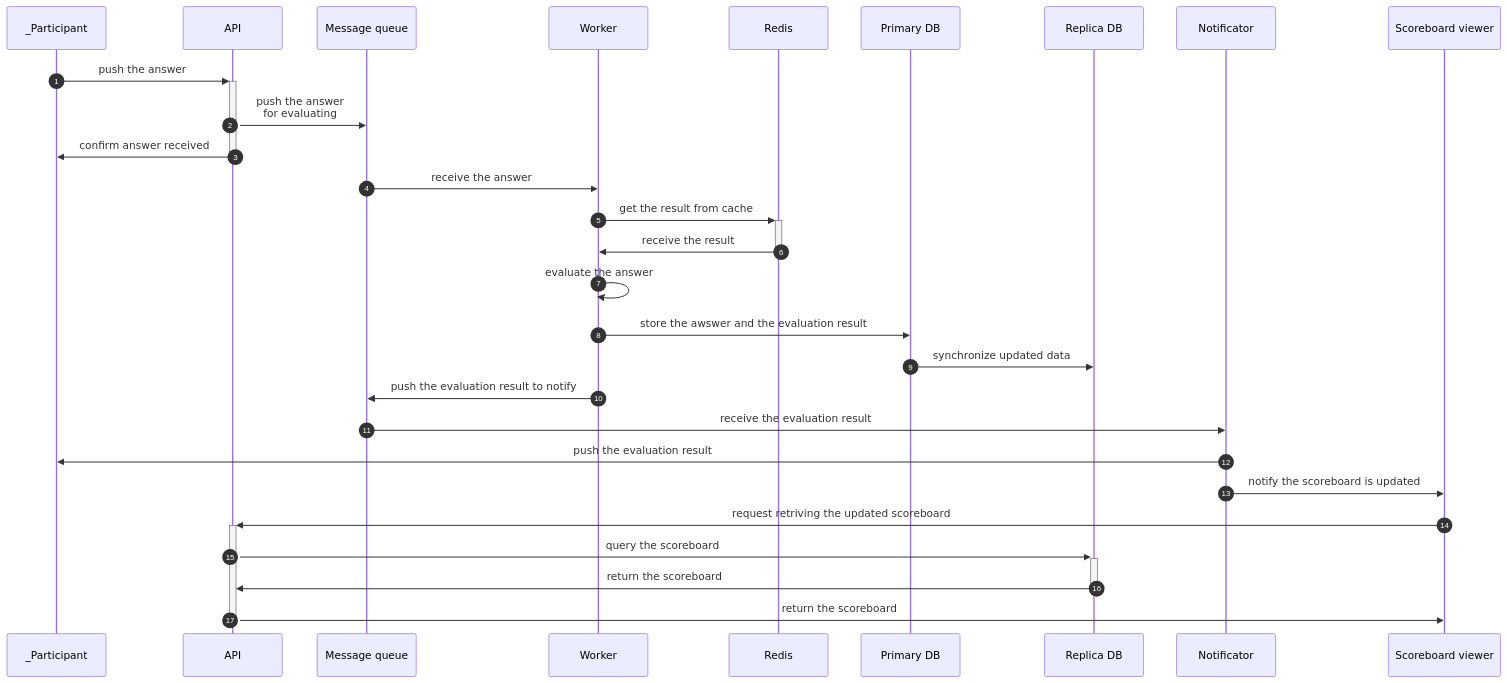
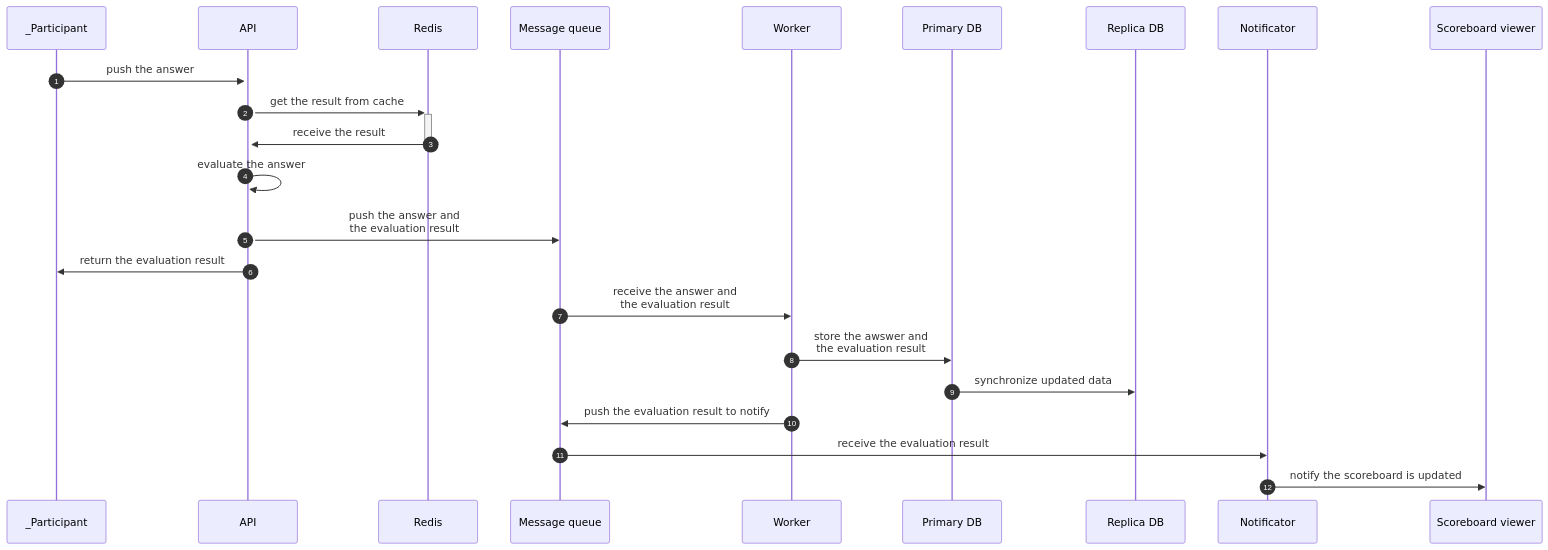
The second of 3 diagrams in docs/README.md (khanha2/elsa-coding-challenge-proposal), drawn with Mermaid before and after one commit. The commit also changed other lines of this file, not shown here.

````diff
--- a/docs/README.md
+++ b/docs/README.md
@@ -130,21 +136,16 @@
 ```mermaid
 sequenceDiagram
     autonumber
     _Participant->>+API: push the answer
-    API->>Message queue: push the answer<br />for evaluating
-    API->>-_Participant: confirm answer received
-    Message queue->>Worker: receive the answer
-    Worker->>+Redis: get the result from cache
-    Redis->>-Worker: receive the result
-    Worker->>Worker: evaluate the answer
-    Worker->>Primary DB: store the awswer and the evaluation result
+    API->>+Redis: get the result from cache
+    Redis->>-API: receive the result
+    API->>API: evaluate the answer
+    API->>Message queue: push the answer and<br />the evaluation result
+    API->>_Participant: return the evaluation result
+    Message queue->>Worker: receive the answer and<br />the evaluation result
+    Worker->>Primary DB: store the awswer and<br />the evaluation result
     Primary DB->>Replica DB: synchronize updated data
     Worker->>Message queue: push the evaluation result to notify
     Message queue->>Notificator: receive the evaluation result
-    Notificator->>_Participant: push the evaluation result
     Notificator->>Scoreboard viewer: notify the scoreboard is updated
-    Scoreboard viewer->>+API: request retriving the updated scoreboard
-    API->>+Replica DB: query the scoreboard
-    Replica DB->>-API: return the scoreboard
-    API->>-Scoreboard viewer: return the scoreboard
 ```
````
